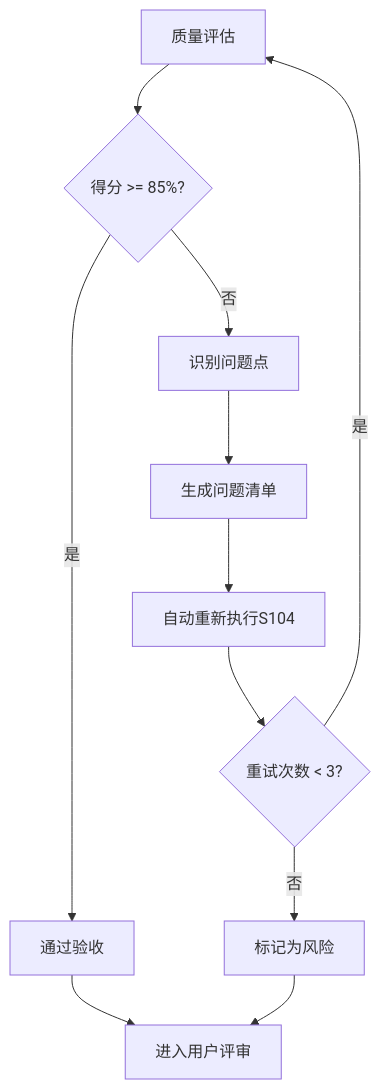
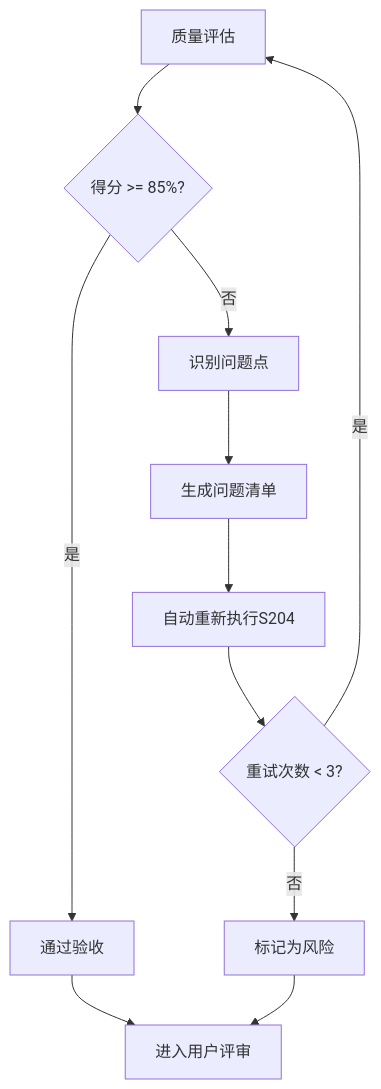
Before and after one commit to HeartFlying/swf: the second of 2 diagrams in skills/s2-validation/SKILL.md, drawn with Mermaid. The commit also changed other lines of this file and 10 other files, not shown here.

````diff
--- a/skills/s2-validation/SKILL.md
+++ b/skills/s2-validation/SKILL.md
@@ -278,13 +278,13 @@
 ```mermaid
 flowchart TD
     Evaluate[质量评估] --> Score{得分 >= 85%?}
     Score -->|是| Pass[通过验收]
     Score -->|否| Identify[识别问题点]
     Identify --> List[生成问题清单]
-    List --> ReExecute[自动重新执行S104]
+    List --> ReExecute[自动重新执行S204]
     ReExecute --> Retry{重试次数 < 3?}
     Retry -->|是| Evaluate
     Retry -->|否| Risk[标记为风险]
     Pass --> UserReview[进入用户评审]
     Risk --> UserReview
 ```
````
